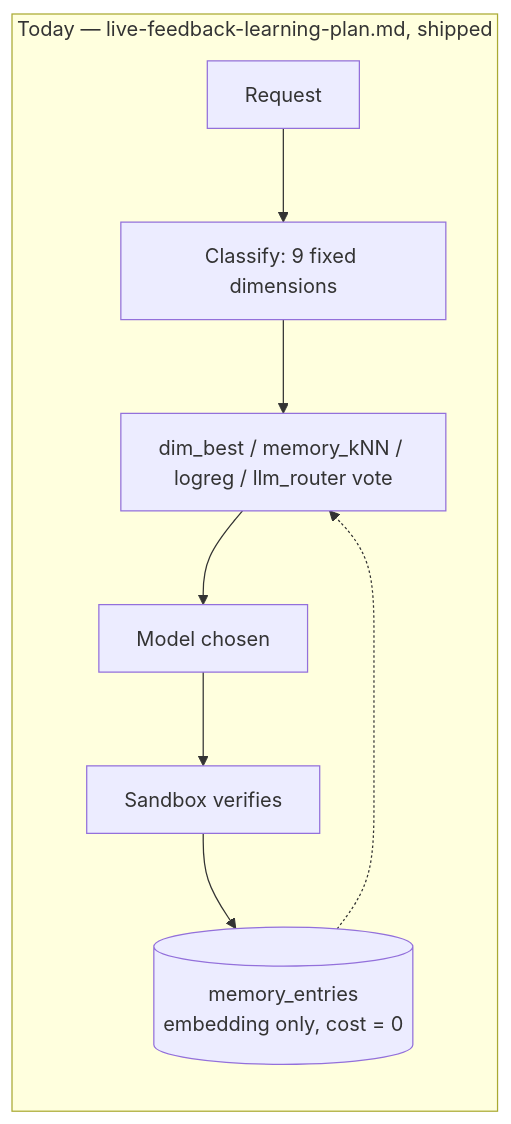
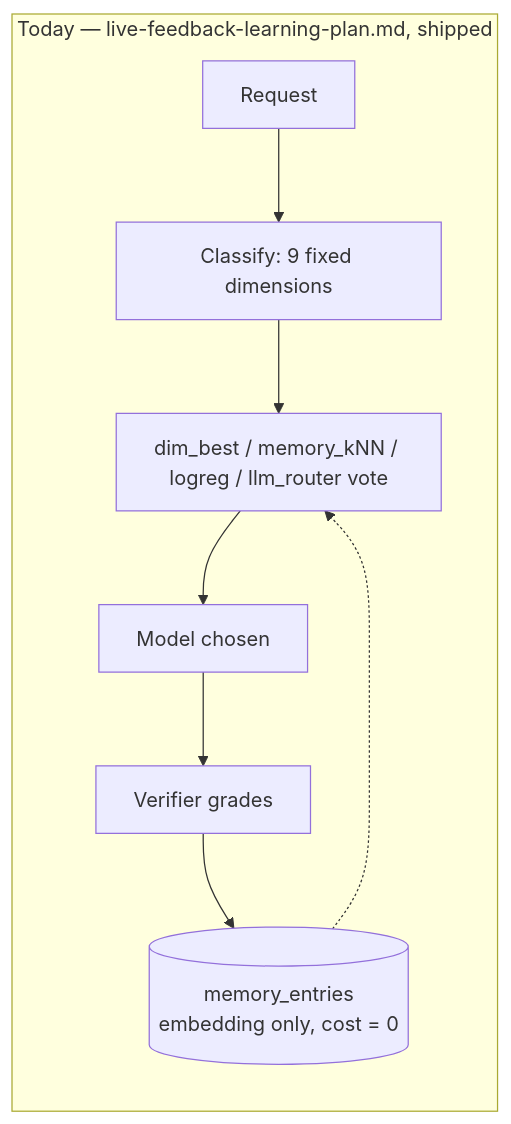
Before and after one commit to davidpizon/TotallyHot-ArcRouter: the first of 2 diagrams in docs/router/self-organizing-classification-plan.md, drawn with Mermaid. The commit also changed other lines of this file and 238 other files, not shown here.

````diff
--- a/docs/router/self-organizing-classification-plan.md
+++ b/docs/router/self-organizing-classification-plan.md
@@ -241,11 +241,11 @@
 ```mermaid
 flowchart LR
     subgraph today["Today — live-feedback-learning-plan.md, shipped"]
         A1[Request] --> B1[Classify: 9 fixed dimensions]
         B1 --> C1[dim_best / memory_kNN / logreg / llm_router vote]
         C1 --> D1[Model chosen]
-        D1 --> E1[Sandbox verifies]
+        D1 --> E1[Verifier grades]
         E1 --> F1[(memory_entries<br/>embedding only, cost = 0)]
         F1 -.-> C1
     end
 ```
````
